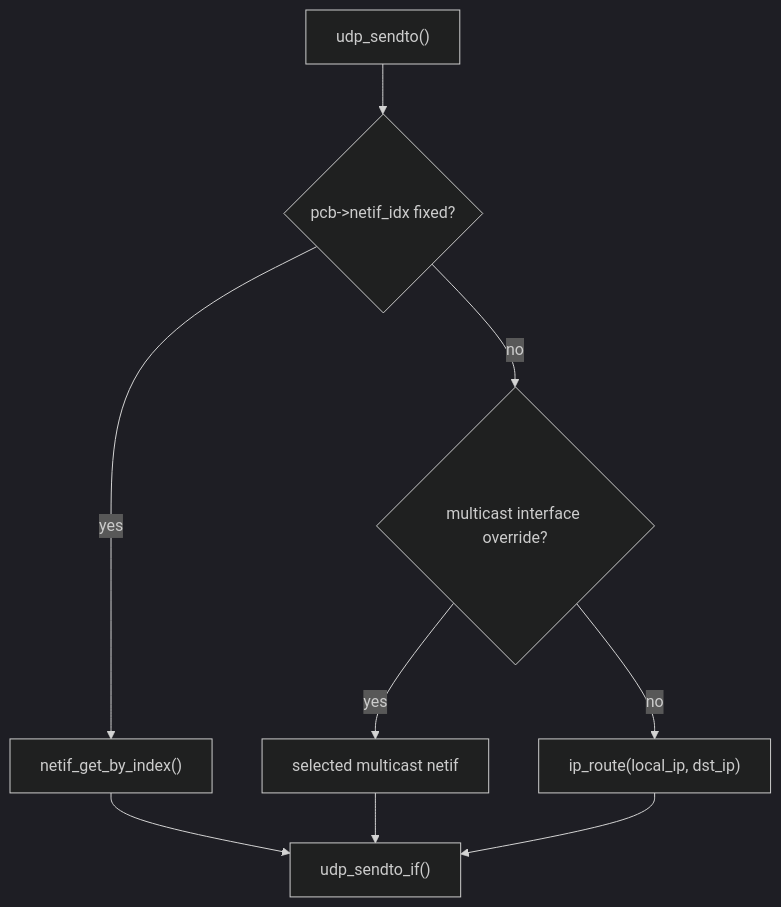
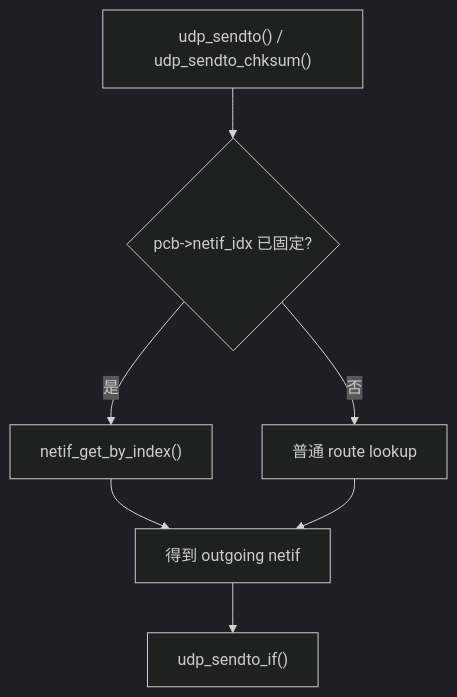
One commit to wdfk-prog/lwIP-Source-Lab changed the first of 3 diagrams in docs/18-multi-netif-routing.md. Above: the diagram before and after it, drawn with Mermaid (dark theme). The commit also changed other lines of this file and 2 other files, not shown here.

````diff
--- a/docs/18-multi-netif-routing.md
+++ b/docs/18-multi-netif-routing.md
@@ -198,11 +66,9 @@
 ```mermaid
 flowchart TD
-    A["udp_sendto()"] --> B{"pcb->netif_idx fixed?"}
-    B -->|yes| C["netif_get_by_index()"]
-    B -->|no| D{"multicast interface override?"}
-    D -->|yes| E["selected multicast netif"]
-    D -->|no| F["ip_route(local_ip, dst_ip)"]
-    C --> G["udp_sendto_if()"]
-    E --> G
-    F --> G
+    A["udp_sendto() / udp_sendto_chksum()"] --> B{"pcb->netif_idx 已固定?"}
+    B -->|是| C["netif_get_by_index()"]
+    B -->|否| D["普通 route lookup"]
+    C --> E["得到 outgoing netif"]
+    D --> E
+    E --> F["udp_sendto_if()"]
 ```
````
